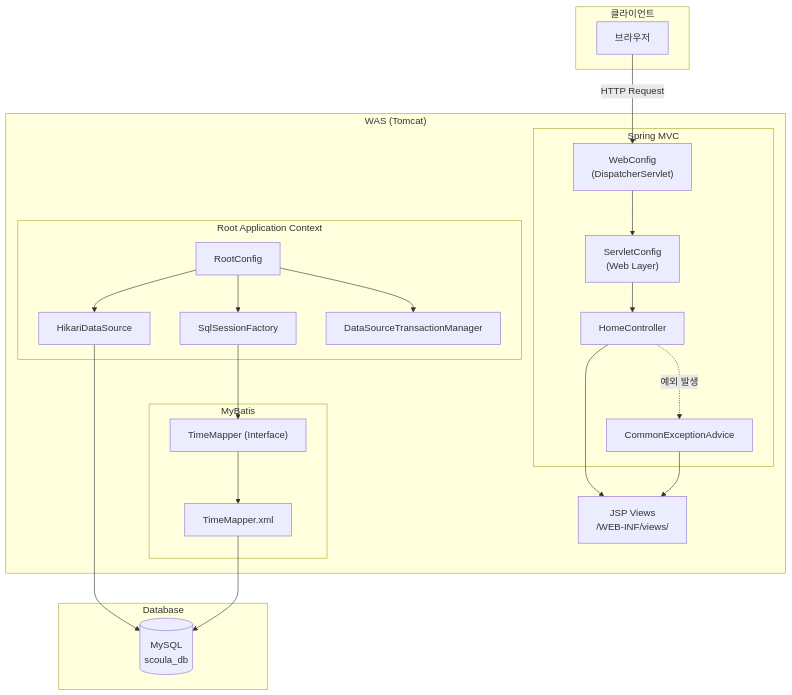
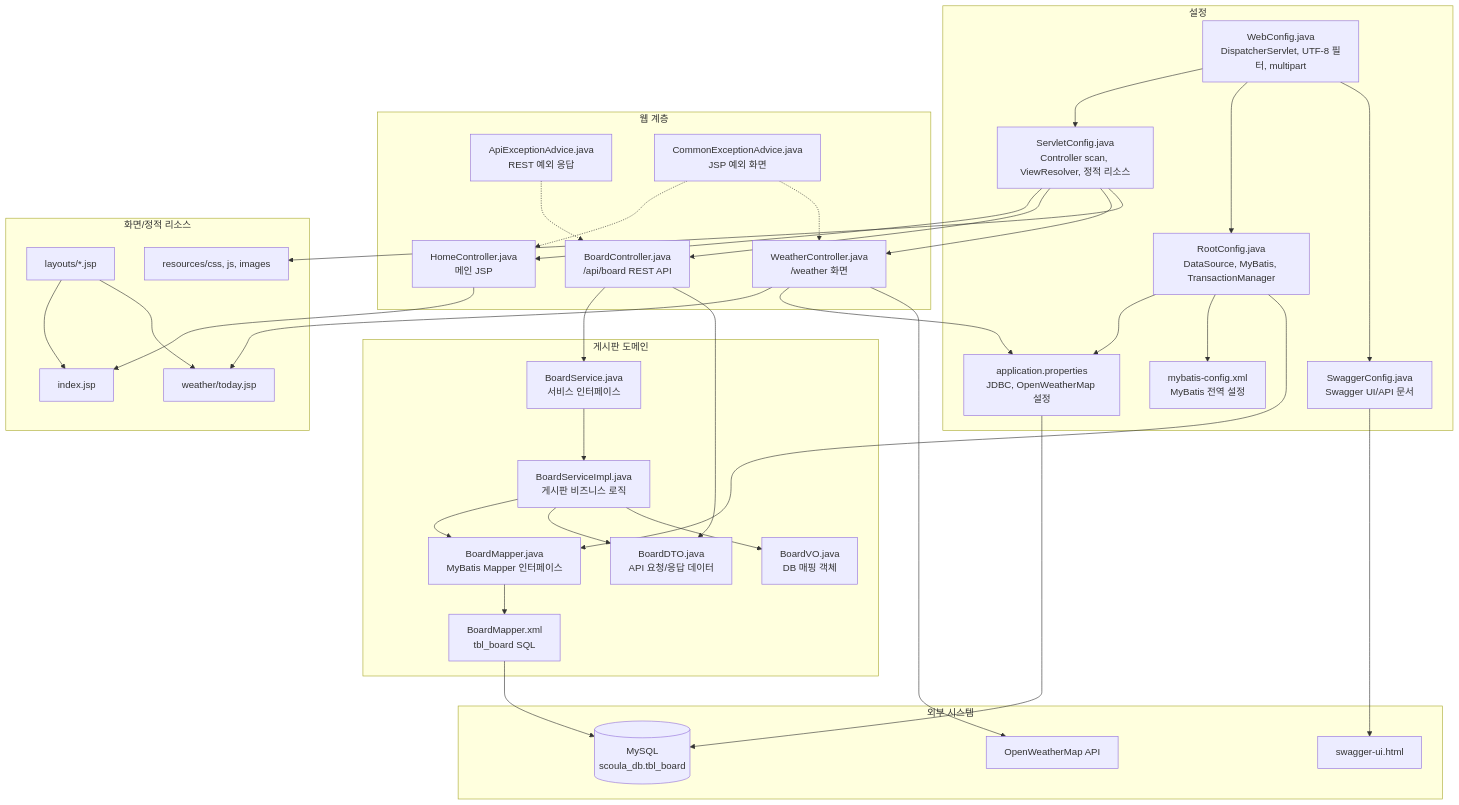
One commit to nsol0215/kb-28 changed the diagram in 07_Spring/오전/boardapi/README.md. Above: the diagram before and after it, drawn with Mermaid. The commit also changed other lines of this file and 162 other files, not shown here.

````diff
--- a/07_Spring/오전/boardapi/README.md
+++ b/07_Spring/오전/boardapi/README.md
@@ -41,48 +37,73 @@
 ```mermaid
 flowchart TB
-    subgraph Client["클라이언트"]
-        Browser["브라우저"]
+    subgraph Config["설정"]
+        WebConfig["WebConfig.java<br/>DispatcherServlet, UTF-8 필터, multipart"]
+        ServletConfig["ServletConfig.java<br/>Controller scan, ViewResolver, 정적 리소스"]
+        RootConfig["RootConfig.java<br/>DataSource, MyBatis, TransactionManager"]
+        SwaggerConfig["SwaggerConfig.java<br/>Swagger UI/API 문서"]
+        AppProps["application.properties<br/>JDBC, OpenWeatherMap 설정"]
+        MyBatisConfig["mybatis-config.xml<br/>MyBatis 전역 설정"]
     end
 
-    subgraph Server["WAS (Tomcat)"]
-        subgraph Spring["Spring MVC"]
-            WebConfig["WebConfig<br/>(DispatcherServlet)"]
-            ServletConfig["ServletConfig<br/>(Web Layer)"]
-            HomeController["HomeController"]
-            ExceptionAdvice["CommonExceptionAdvice"]
-        end
-
-        subgraph Root["Root Application Context"]
-            RootConfig["RootConfig"]
-            DataSource["HikariDataSource"]
-            SqlSessionFactory["SqlSessionFactory"]
-            TxManager["DataSourceTransactionManager"]
-        end
-
-        subgraph MyBatis["MyBatis"]
-            TimeMapper["TimeMapper (Interface)"]
-            TimeMapperXML["TimeMapper.xml"]
-        end
-
-        JSP["JSP Views<br/>/WEB-INF/views/"]
+    subgraph Web["웹 계층"]
+        HomeController["HomeController.java<br/>메인 JSP"]
+        BoardController["BoardController.java<br/>/api/board REST API"]
+        WeatherController["WeatherController.java<br/>/weather 화면"]
+        ApiAdvice["ApiExceptionAdvice.java<br/>REST 예외 응답"]
+        CommonAdvice["CommonExceptionAdvice.java<br/>JSP 예외 화면"]
     end
 
-    subgraph DB["Database"]
-        MySQL[("MySQL<br/>scoula_db")]
+    subgraph Board["게시판 도메인"]
+        BoardService["BoardService.java<br/>서비스 인터페이스"]
+        BoardServiceImpl["BoardServiceImpl.java<br/>게시판 비즈니스 로직"]
+        BoardMapper["BoardMapper.java<br/>MyBatis Mapper 인터페이스"]
+        BoardMapperXml["BoardMapper.xml<br/>tbl_board SQL"]
+        BoardDTO["BoardDTO.java<br/>API 요청/응답 데이터"]
+        BoardVO["BoardVO.java<br/>DB 매핑 객체"]
     end
 
-    Browser -->|HTTP Request| WebConfig
+    subgraph View["화면/정적 리소스"]
+        IndexJsp["index.jsp"]
+        WeatherJsp["weather/today.jsp"]
+        Layouts["layouts/*.jsp"]
+        StaticFiles["resources/css, js, images"]
+    end
+
+    subgraph External["외부 시스템"]
+        MySQL[("MySQL<br/>scoula_db.tbl_board")]
+        OpenWeather["OpenWeatherMap API"]
+        SwaggerUi["swagger-ui.html"]
+    end
+
     WebConfig --> ServletConfig
+    WebConfig --> RootConfig
+    WebConfig --> SwaggerConfig
+    RootConfig --> AppProps
+    RootConfig --> MyBatisConfig
+    RootConfig --> BoardMapper
     ServletConfig --> HomeController
-    HomeController --> JSP
-    HomeController -.->|예외 발생| ExceptionAdvice
-    ExceptionAdvice --> JSP
+    ServletConfig --> BoardController
+    ServletConfig --> WeatherController
+    ServletConfig --> StaticFiles
+    SwaggerConfig --> SwaggerUi
 
-    RootConfig --> DataSource
-    RootConfig --> SqlSessionFactory
-    RootConfig --> TxManager
-    DataSource --> MySQL
-    SqlSessionFactory --> TimeMapper
-    TimeMapper --> TimeMapperXML
-    TimeMapperXML --> MySQL
+    HomeController --> IndexJsp
+    WeatherController --> WeatherJsp
+    WeatherController --> AppProps
+    WeatherController --> OpenWeather
+    BoardController --> BoardService
+    BoardController --> BoardDTO
+    BoardService --> BoardServiceImpl
+    BoardServiceImpl --> BoardMapper
+    BoardServiceImpl --> BoardDTO
+    BoardServiceImpl --> BoardVO
+    BoardMapper --> BoardMapperXml
+    BoardMapperXml --> MySQL
+    AppProps --> MySQL
+
+    ApiAdvice -.-> BoardController
+    CommonAdvice -.-> HomeController
+    CommonAdvice -.-> WeatherController
+    Layouts --> IndexJsp
+    Layouts --> WeatherJsp
 ```
````
